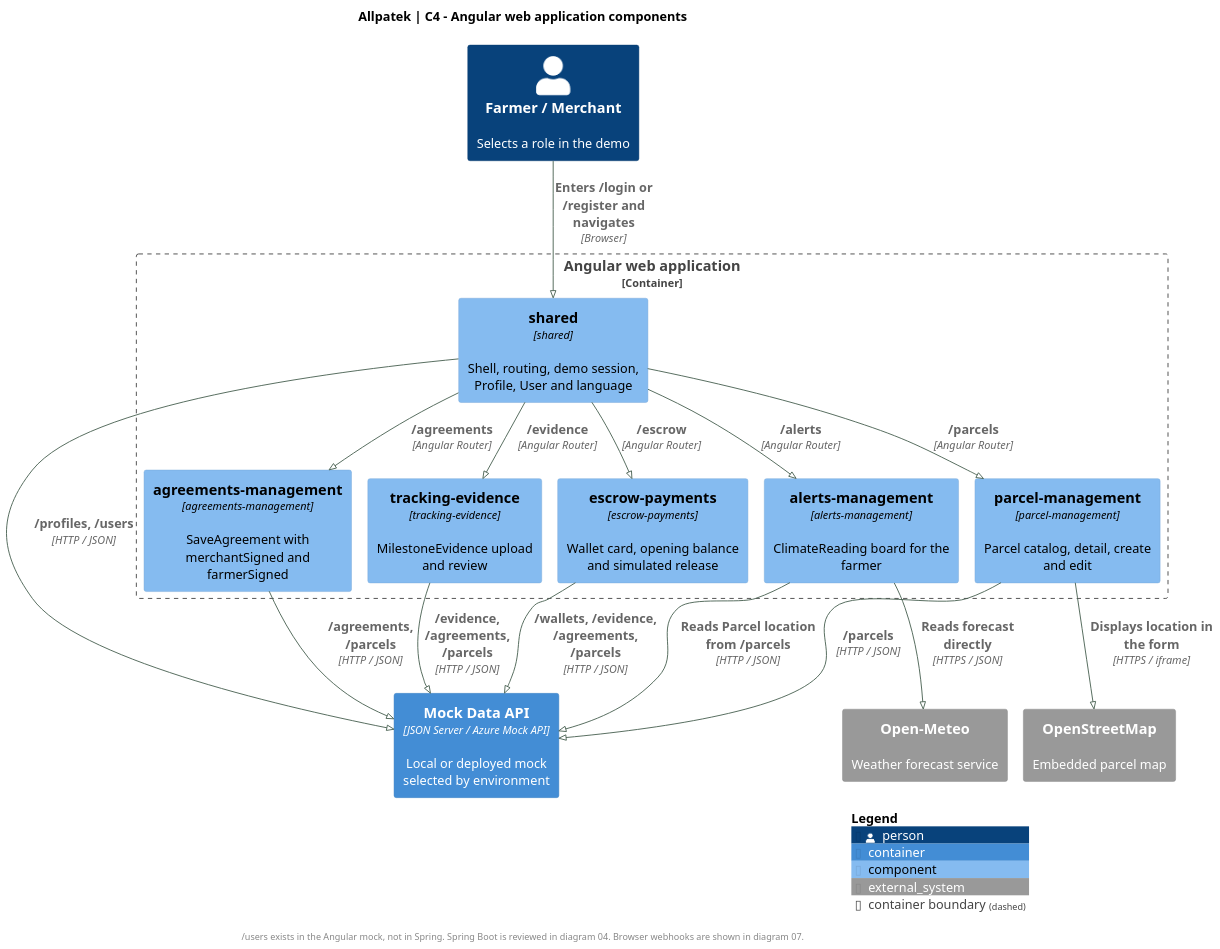
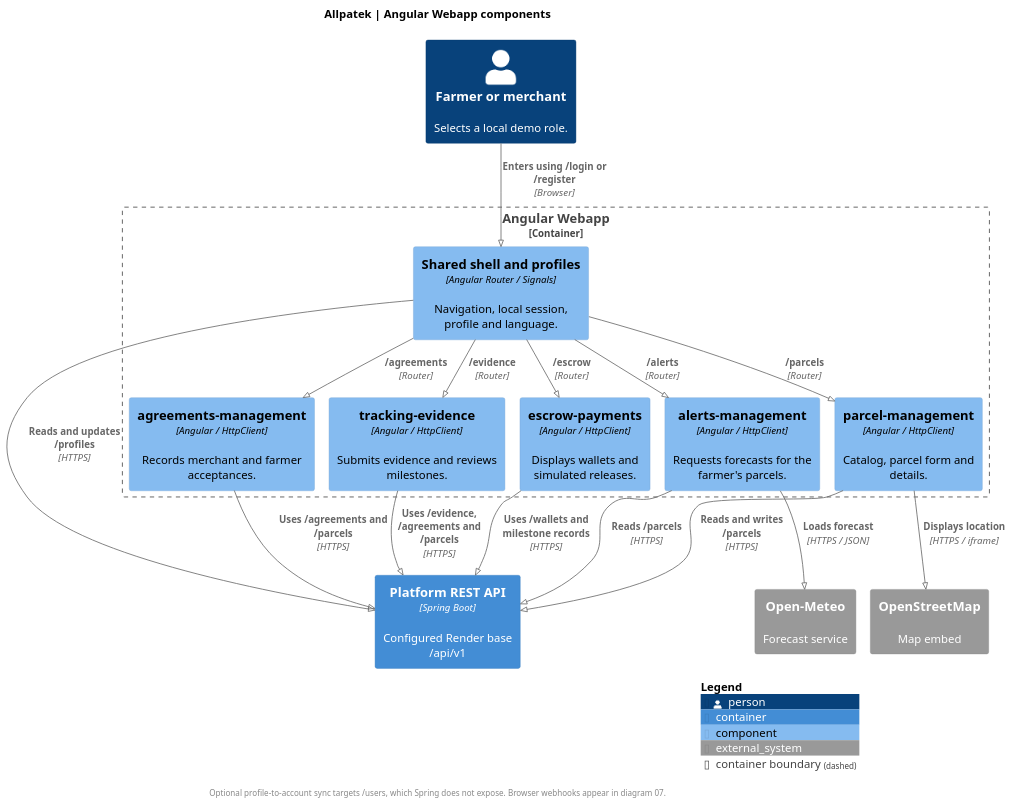
Before and after one commit to upc-pre-202620-1asi0729-7753-Terranova/allpatek-report: the diagram in assets/chapter-04/architecture/05-web-components.puml, drawn with PlantUML. The commit also changed 3 other files, not shown here.

Commit message:
docs(c4): align Angular components with their data sources

```diff
--- a/assets/chapter-04/architecture/05-web-components.puml
+++ b/assets/chapter-04/architecture/05-web-components.puml
@@ -1,45 +1,40 @@
 @startuml
 !pragma layout smetana
 !include <C4/C4_Component>
 skinparam backgroundColor white
 skinparam defaultFontName SansSerif
-skinparam defaultFontSize 14
 skinparam shadowing false
-skinparam ArrowColor #476050
-skinparam dpi 140
-title Allpatek | C4 - Angular web application components
+skinparam dpi 125
+title Allpatek | Angular Webapp components
+LAYOUT_TOP_DOWN()
 
-LAYOUT_TOP_DOWN()
-Person(user, "Farmer / Merchant", "Selects a role in the demo")
+Person(user, "Farmer or merchant", "Selects a local demo role.")
+Container_Boundary(web, "Angular Webapp") {
+  Component(shared, "Shared shell and profiles", "Angular Router / Signals", "Navigation, local session, profile and language.")
+  Component(parcels, "parcel-management", "Angular / HttpClient", "Catalog, parcel form and details.")
+  Component(agreements, "agreements-management", "Angular / HttpClient", "Records merchant and farmer acceptances.")
+  Component(evidence, "tracking-evidence", "Angular / HttpClient", "Submits evidence and reviews milestones.")
+  Component(escrow, "escrow-payments", "Angular / HttpClient", "Displays wallets and simulated releases.")
+  Component(alerts, "alerts-management", "Angular / HttpClient", "Requests forecasts for the farmer's parcels.")
+}
+Container(api, "Platform REST API", "Spring Boot", "Configured Render base /api/v1")
+System_Ext(weather, "Open-Meteo", "Forecast service")
+System_Ext(maps, "OpenStreetMap", "Map embed")
 
-Container_Boundary(web, "Angular web application") {
-  Component(shared, "shared", "shared", "Shell, routing, demo session, Profile, User and language")
-  Component(parcels, "parcel-management", "parcel-management", "Parcel catalog, detail, create and edit")
-  Component(agreements, "agreements-management", "agreements-management", "SaveAgreement with merchantSigned and farmerSigned")
-  Component(evidence, "tracking-evidence", "tracking-evidence", "MilestoneEvidence upload and review")
-  Component(escrow, "escrow-payments", "escrow-payments", "Wallet card, opening balance and simulated release")
-  Component(alerts, "alerts-management", "alerts-management", "ClimateReading board for the farmer")
-}
-
-Container(mock, "Mock Data API", "JSON Server / Azure Mock API", "Local or deployed mock selected by environment")
-System_Ext(weather, "Open-Meteo", "Weather forecast service")
-System_Ext(maps, "OpenStreetMap", "Embedded parcel map")
-
-Rel(user, shared, "Enters /login or /register and navigates", "Browser")
-Rel(shared, parcels, "/parcels", "Angular Router")
-Rel(shared, agreements, "/agreements", "Angular Router")
-Rel(shared, evidence, "/evidence", "Angular Router")
-Rel(shared, escrow, "/escrow", "Angular Router")
-Rel(shared, alerts, "/alerts", "Angular Router")
-Rel(shared, mock, "/profiles, /users", "HTTP / JSON")
-Rel(parcels, mock, "/parcels", "HTTP / JSON")
-Rel(parcels, maps, "Displays location in the form", "HTTPS / iframe")
-Rel(agreements, mock, "/agreements, /parcels", "HTTP / JSON")
-Rel(evidence, mock, "/evidence, /agreements, /parcels", "HTTP / JSON")
-Rel(escrow, mock, "/wallets, /evidence, /agreements, /parcels", "HTTP / JSON")
-Rel(alerts, mock, "Reads Parcel location from /parcels", "HTTP / JSON")
-Rel(alerts, weather, "Reads forecast directly", "HTTPS / JSON")
-
-footer /users exists in the Angular mock, not in Spring. Spring Boot is reviewed in diagram 04. Browser webhooks are shown in diagram 07.
+Rel(user, shared, "Enters using /login or /register", "Browser")
+Rel(shared, parcels, "/parcels", "Router")
+Rel(shared, agreements, "/agreements", "Router")
+Rel(shared, evidence, "/evidence", "Router")
+Rel(shared, escrow, "/escrow", "Router")
+Rel(shared, alerts, "/alerts", "Router")
+Rel(shared, api, "Reads and updates /profiles", "HTTPS")
+Rel(parcels, api, "Reads and writes /parcels", "HTTPS")
+Rel(agreements, api, "Uses /agreements and /parcels", "HTTPS")
+Rel(evidence, api, "Uses /evidence, /agreements and /parcels", "HTTPS")
+Rel(escrow, api, "Uses /wallets and milestone records", "HTTPS")
+Rel(alerts, api, "Reads /parcels", "HTTPS")
+Rel(alerts, weather, "Loads forecast", "HTTPS / JSON")
+Rel(parcels, maps, "Displays location", "HTTPS / iframe")
+footer Optional profile-to-account sync targets /users, which Spring does not expose. Browser webhooks appear in diagram 07.
 SHOW_LEGEND()
 @enduml
```
